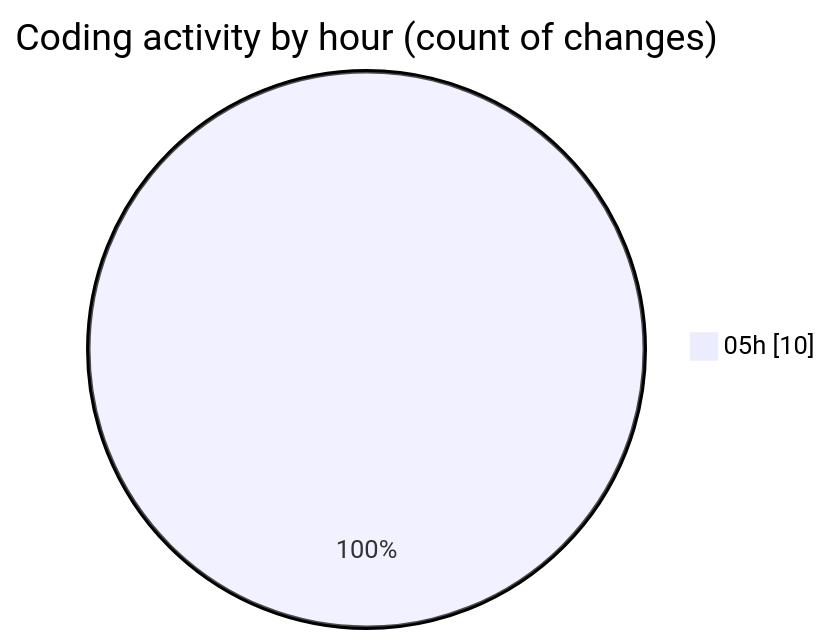
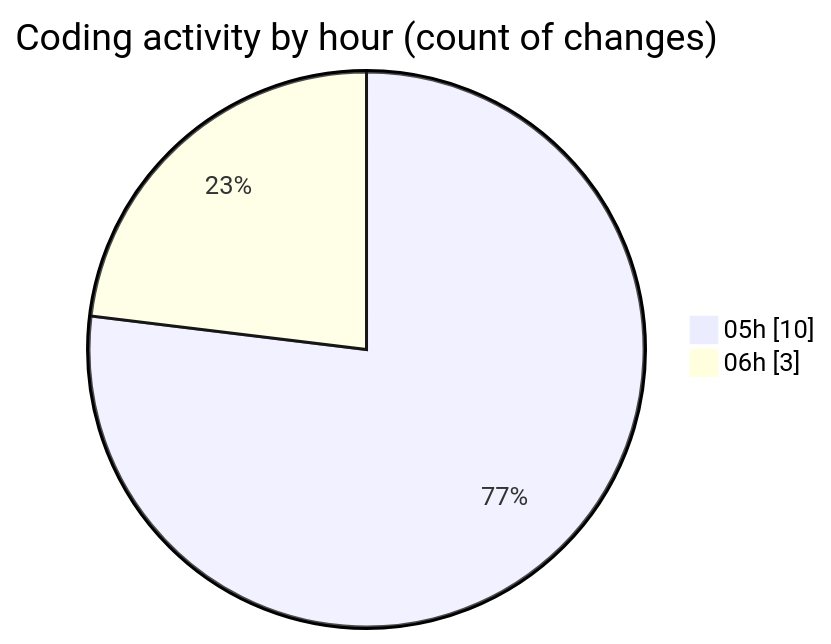
One commit to vahidmafi/code-tracking changed the second of 2 diagrams in 2025-09-06/shop/README.md. Above: the diagram before and after it, drawn with Mermaid. The commit also changed other lines of this file and 1 other file, not shown here.

````diff
--- a/2025-09-06/shop/README.md
+++ b/2025-09-06/shop/README.md
@@ -31,5 +34,6 @@
 ```mermaid
 pie showData
 title Coding activity by hour (count of changes)
 "05h" : 10
+"06h" : 3
 ```
````
